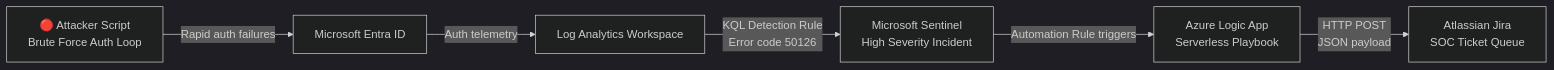
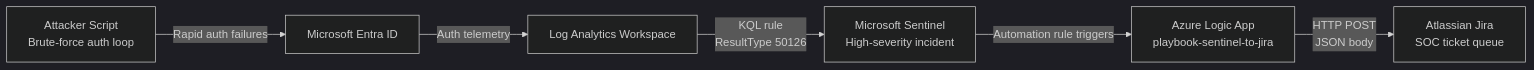
The diagram in README.md (shank078/azure-sentinel-jira-soar-pipeline), drawn with Mermaid (dark theme) before and after one commit. The commit also changed other lines of this file, not shown here.

````diff
--- a/README.md
+++ b/README.md
@@ -40,8 +40,8 @@
 ```mermaid
 graph LR
-    A["🔴 Attacker Script\nBrute Force Auth Loop"] -->|Rapid auth failures| B["Microsoft Entra ID"]
+    A["Attacker Script<br/>Brute-force auth loop"] -->|Rapid auth failures| B["Microsoft Entra ID"]
     B -->|Auth telemetry| C["Log Analytics Workspace"]
-    C -->|KQL Detection Rule\nError code 50126| D["Microsoft Sentinel\nHigh Severity Incident"]
-    D -->|Automation Rule triggers| E["Azure Logic App\nServerless Playbook"]
-    E -->|HTTP POST\nJSON payload| F["Atlassian Jira\nSOC Ticket Queue"]
+    C -->|"KQL rule<br/>ResultType 50126"| D["Microsoft Sentinel<br/>High-severity incident"]
+    D -->|Automation rule triggers| E["Azure Logic App<br/>playbook-sentinel-to-jira"]
+    E -->|"HTTP POST<br/>JSON body"| F["Atlassian Jira<br/>SOC ticket queue"]
 ```
````
